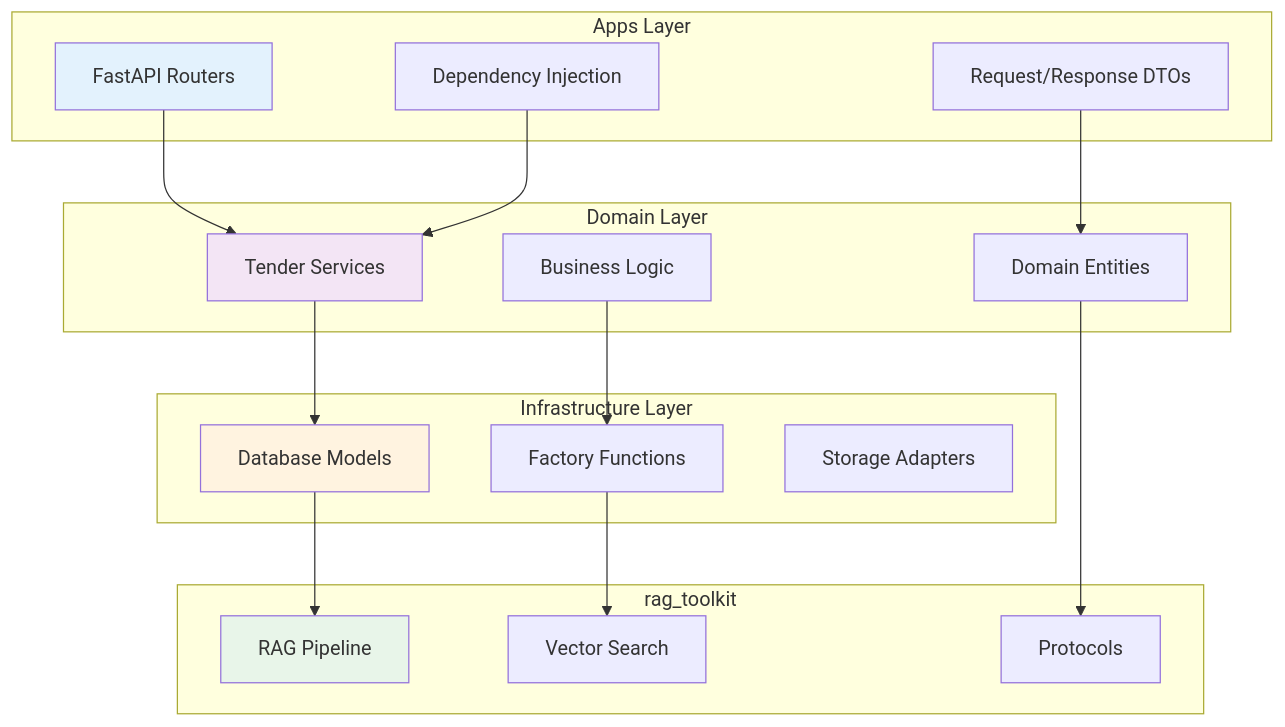
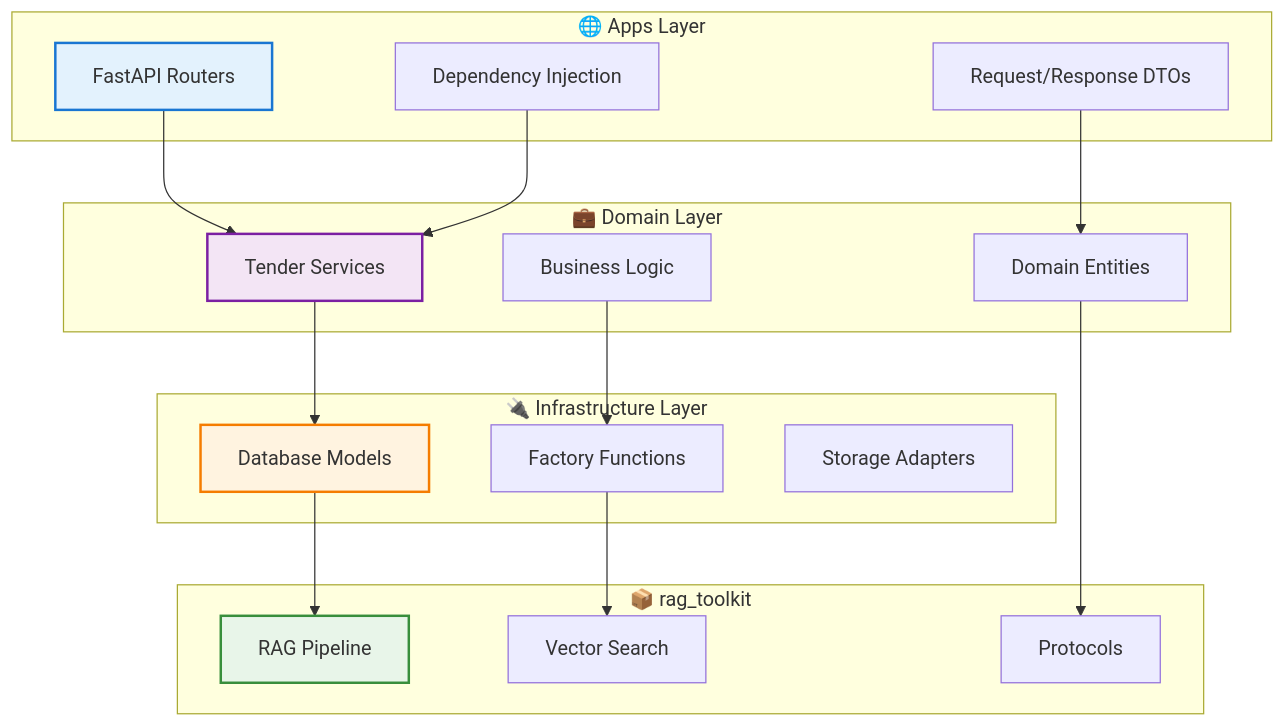
Before and after one commit to gmottola00/Tender-RAG-Lab: the diagram in docs/architecture/clean-architecture.md, drawn with Mermaid. The commit also changed other lines of this file and 12 other files, not shown here.

````diff
--- a/docs/architecture/clean-architecture.md
+++ b/docs/architecture/clean-architecture.md
@@ -7,42 +12,42 @@
 ```mermaid
 graph TB
-    subgraph "Apps Layer"
+    subgraph "🌐 Apps Layer"
         A1[FastAPI Routers]
         A2[Request/Response DTOs]
         A3[Dependency Injection]
     end
     
-    subgraph "Domain Layer"
+    subgraph "💼 Domain Layer"
         D1[Tender Services]
         D2[Business Logic]
         D3[Domain Entities]
     end
     
-    subgraph "Infrastructure Layer"
+    subgraph "🔌 Infrastructure Layer"
         I1[Database Models]
         I2[Factory Functions]
         I3[Storage Adapters]
     end
     
-    subgraph "rag_toolkit"
+    subgraph "📦 rag_toolkit"
         R1[RAG Pipeline]
         R2[Vector Search]
         R3[Protocols]
     end
     
     A1 --> D1
     A2 --> D3
     A3 --> D1
     
     D1 --> I1
     D2 --> I2
     D3 --> R3
     
     I1 --> R1
     I2 --> R2
     
-    style A1 fill:#e3f2fd
-    style D1 fill:#f3e5f5
-    style I1 fill:#fff3e0
-    style R1 fill:#e8f5e9
+    style A1 fill:#e3f2fd,stroke:#1976d2,stroke-width:2px
+    style D1 fill:#f3e5f5,stroke:#7b1fa2,stroke-width:2px
+    style I1 fill:#fff3e0,stroke:#f57c00,stroke-width:2px
+    style R1 fill:#e8f5e9,stroke:#388e3c,stroke-width:2px
 ```
````
